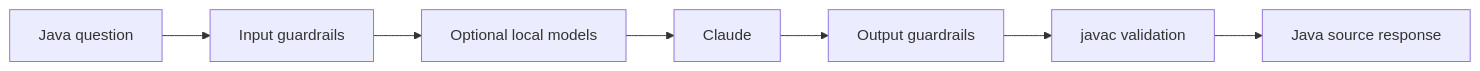
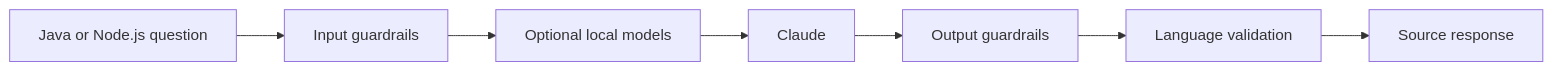
The diagram in README.md (LohithKG-indnord/Java_agent), drawn with Mermaid before and after one commit. The commit also changed other lines of this file and 13 other files, not shown here.

````diff
--- a/README.md
+++ b/README.md
@@ -7,9 +7,9 @@
 ```mermaid
 flowchart LR
-    A[Java question] --> B[Input guardrails]
+    A[Java or Node.js question] --> B[Input guardrails]
     B --> C[Optional local models]
     C --> D[Claude]
     D --> E[Output guardrails]
-    E --> F[javac validation]
-    F --> G[Java source response]
+    E --> F[Language validation]
+    F --> G[Source response]
 ```
````
